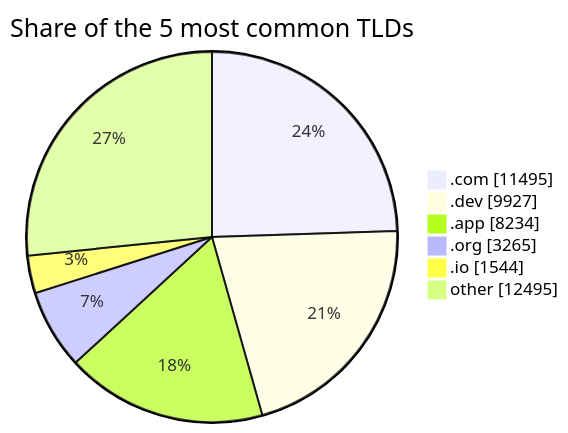
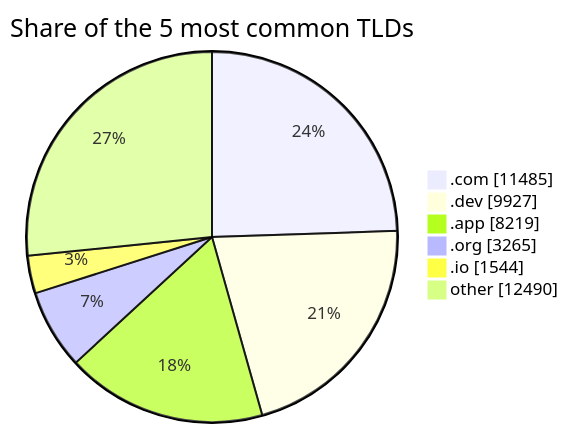
The third of 3 diagrams in README.md (DNSBunker/CTI), drawn with Mermaid before and after one commit. The commit also changed other lines of this file and 3 other files, not shown here.

````diff
--- a/README.md
+++ b/README.md
@@ -81,9 +81,9 @@
 ```mermaid
 pie showData title Share of the 5 most common TLDs
-    ".com" : 11495
+    ".com" : 11485
     ".dev" : 9927
-    ".app" : 8234
+    ".app" : 8219
     ".org" : 3265
     ".io" : 1544
-    "other" : 12495
+    "other" : 12490
 ```
````
